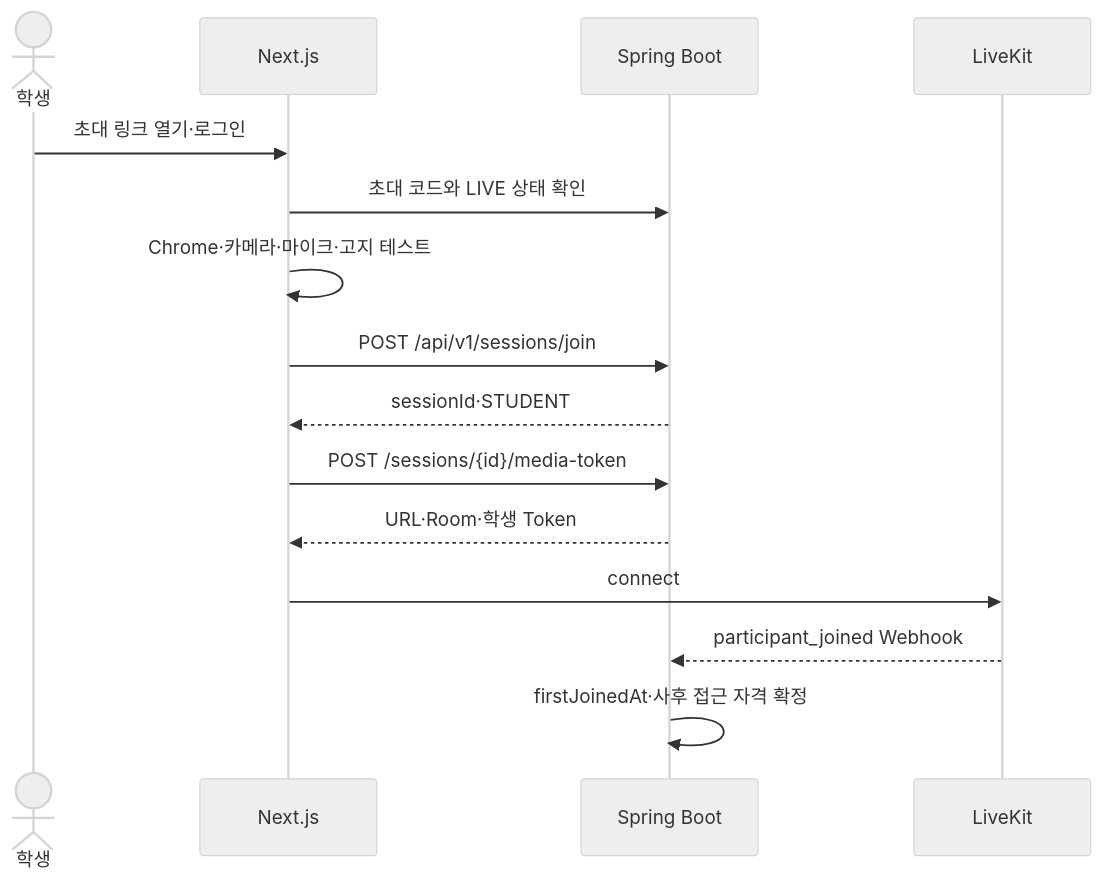
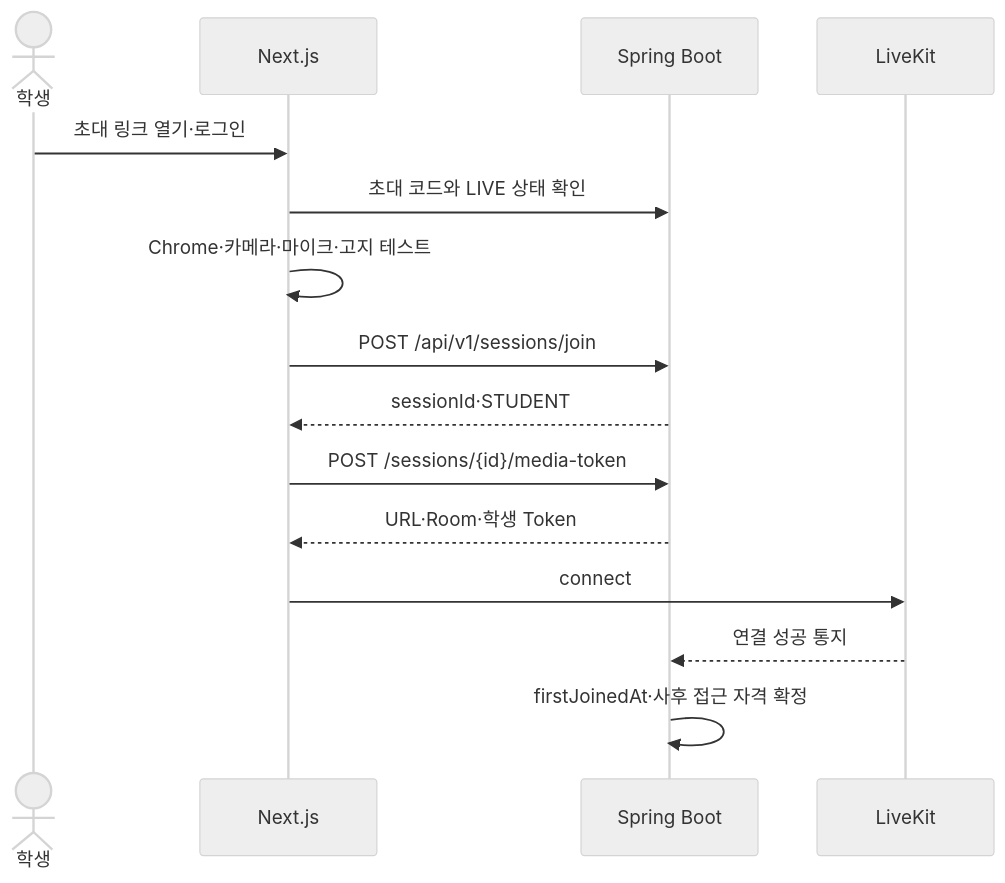
One commit to eomgerm/zani changed the third of 6 diagrams in .agents/livekit-overview.md. Above: the diagram before and after it, drawn with Mermaid (neutral theme). The commit also changed other lines of this file and 3 other files, not shown here.

````diff
--- a/.agents/livekit-overview.md
+++ b/.agents/livekit-overview.md
@@ -105,18 +105,18 @@
 ```mermaid
 sequenceDiagram
     actor S as 학생
     participant FE as Next.js
     participant BE as Spring Boot
     participant LK as LiveKit
 
     S->>FE: 초대 링크 열기·로그인
     FE->>BE: 초대 코드와 LIVE 상태 확인
     FE->>FE: Chrome·카메라·마이크·고지 테스트
     FE->>BE: POST /api/v1/sessions/join
     BE-->>FE: sessionId·STUDENT
     FE->>BE: POST /sessions/{id}/media-token
     BE-->>FE: URL·Room·학생 Token
     FE->>LK: connect
-    LK-->>BE: participant_joined Webhook
+    LK-->>BE: 연결 성공 통지
     BE->>BE: firstJoinedAt·사후 접근 자격 확정
 ```
````
